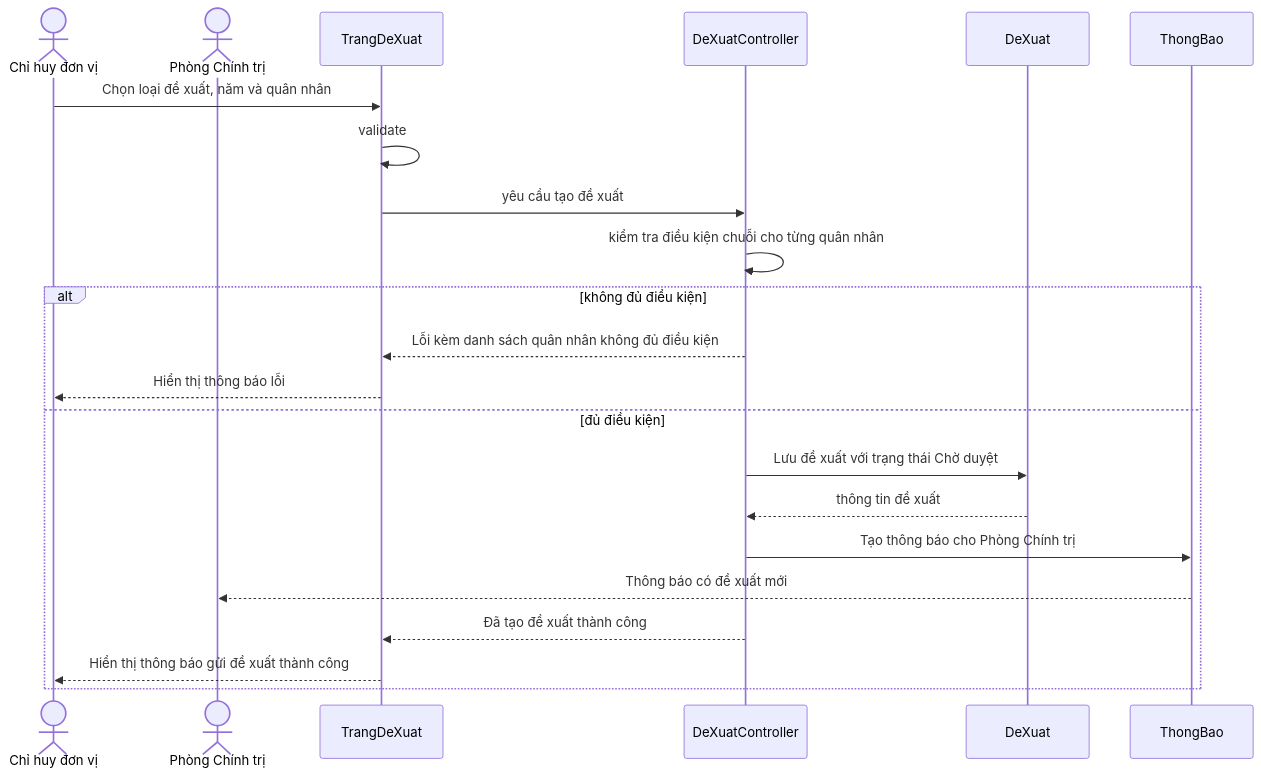
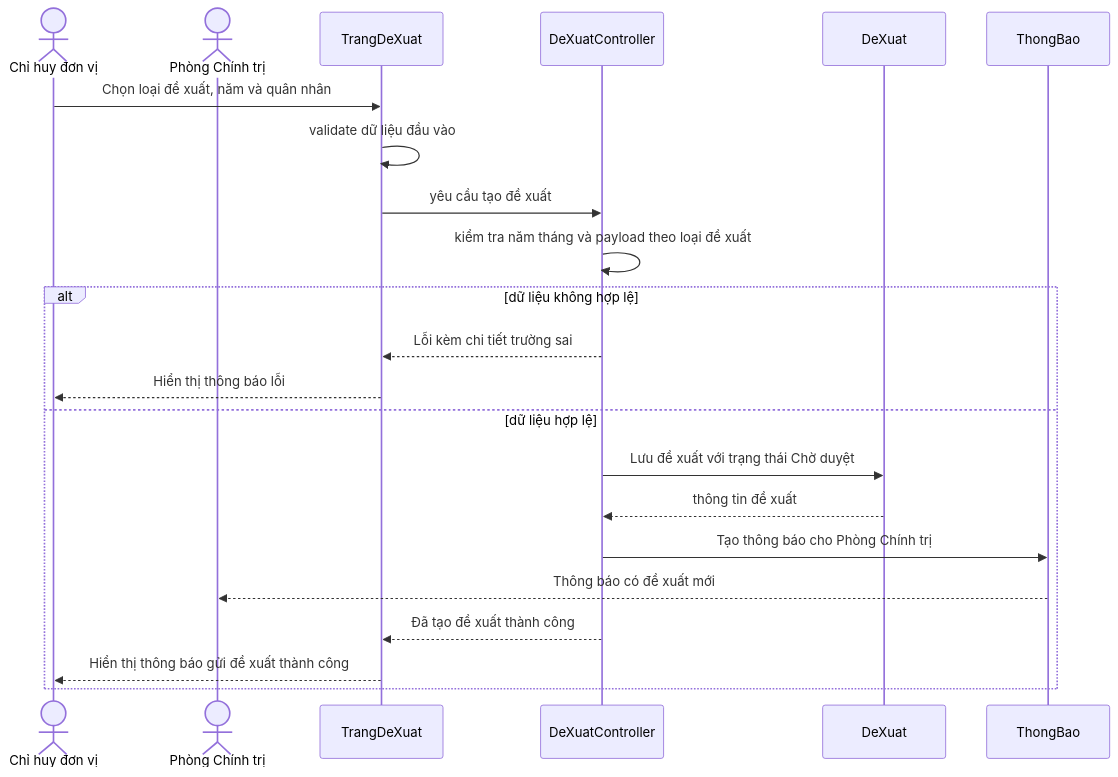
Before and after one commit to tranducbk/DATN_PM_QLKT: the second of 8 diagrams in docs/diagrams/05-sequence.md, drawn with Mermaid. The commit also changed other lines of this file and 18 other files, not shown here.

First line of the commit message:
Update diagrams, slides and supplementary docs

````diff
--- a/docs/diagrams/05-sequence.md
+++ b/docs/diagrams/05-sequence.md
@@ -36,26 +36,26 @@
 ```mermaid
 sequenceDiagram
     actor MGR as Chỉ huy đơn vị
     actor ADM as Phòng Chính trị
     participant Page as TrangDeXuat
     participant Ctrl as DeXuatController
     participant DX as DeXuat
     participant TB as ThongBao
 
     MGR->>Page: Chọn loại đề xuất, năm và quân nhân
-    Page->>Page: validate
+    Page->>Page: validate dữ liệu đầu vào
     Page->>Ctrl: yêu cầu tạo đề xuất
-    Ctrl->>Ctrl: kiểm tra điều kiện chuỗi cho từng quân nhân
+    Ctrl->>Ctrl: kiểm tra năm tháng và payload theo loại đề xuất
 
-    alt không đủ điều kiện
-        Ctrl-->>Page: Lỗi kèm danh sách quân nhân không đủ điều kiện
+    alt dữ liệu không hợp lệ
+        Ctrl-->>Page: Lỗi kèm chi tiết trường sai
         Page-->>MGR: Hiển thị thông báo lỗi
-    else đủ điều kiện
+    else dữ liệu hợp lệ
         Ctrl->>DX: Lưu đề xuất với trạng thái Chờ duyệt
         DX-->>Ctrl: thông tin đề xuất
         Ctrl->>TB: Tạo thông báo cho Phòng Chính trị
         TB-->>ADM: Thông báo có đề xuất mới
         Ctrl-->>Page: Đã tạo đề xuất thành công
         Page-->>MGR: Hiển thị thông báo gửi đề xuất thành công
     end
 ```
````
